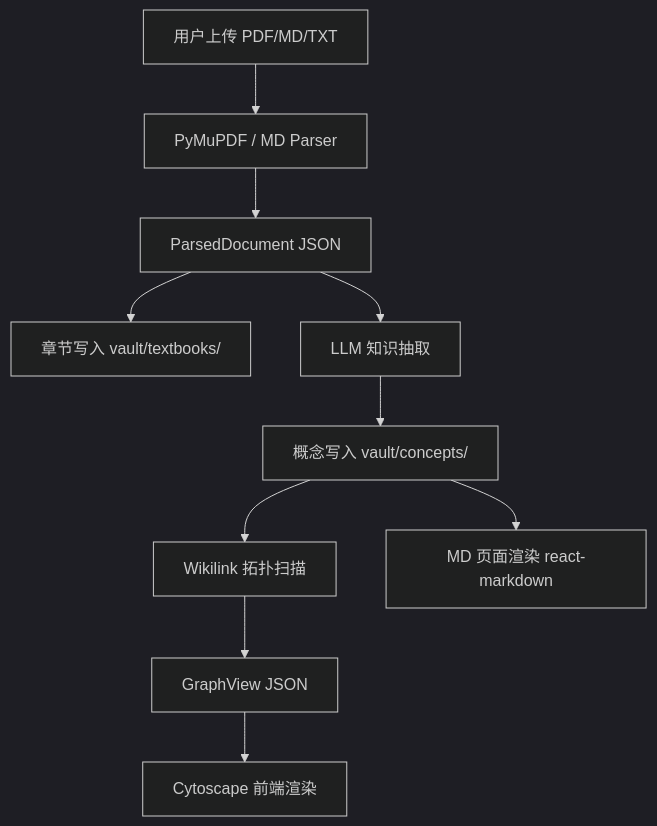
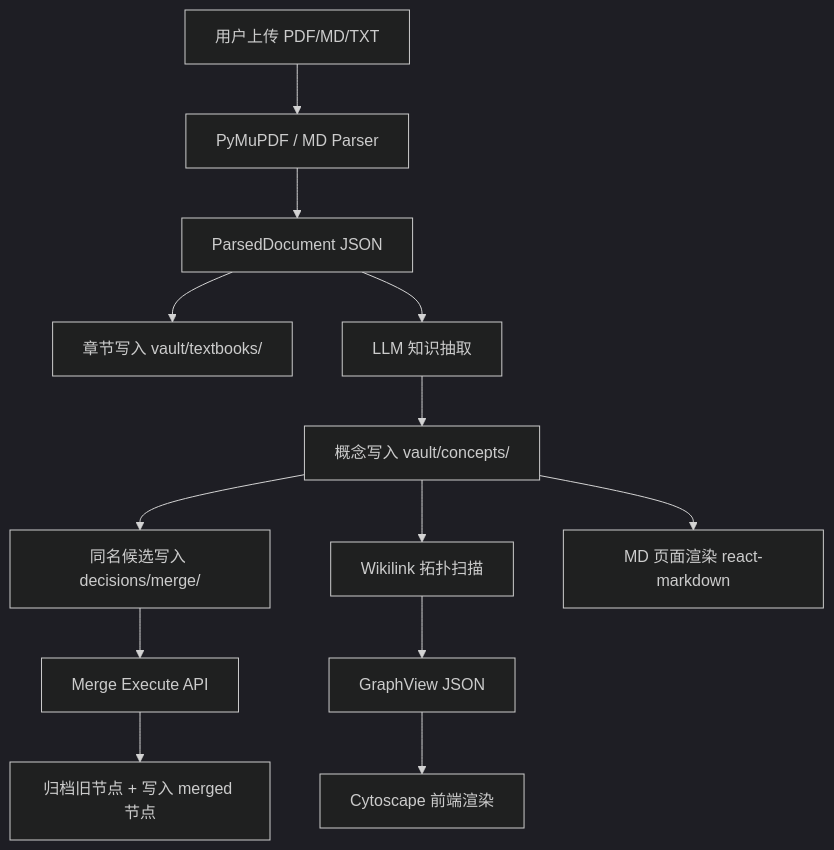
One commit to spdc-elm/hackathon-05-10 changed the diagram in docs/系统设计.md. Above: the diagram before and after it, drawn with Mermaid (dark theme). The commit also changed other lines of this file and 25 other files, not shown here.

````diff
--- a/docs/系统设计.md
+++ b/docs/系统设计.md
@@ -9,12 +9,15 @@
 ```mermaid
 graph TD
     A[用户上传 PDF/MD/TXT] --> B[PyMuPDF / MD Parser]
     B --> C[ParsedDocument JSON]
     C --> D[章节写入 vault/textbooks/]
     C --> E[LLM 知识抽取]
     E --> F[概念写入 vault/concepts/]
-    F --> G[Wikilink 拓扑扫描]
-    G --> H[GraphView JSON]
-    H --> I[Cytoscape 前端渲染]
-    F --> J[MD 页面渲染 react-markdown]
+    F --> G[同名候选写入 decisions/merge/]
+    F --> H[Wikilink 拓扑扫描]
+    G --> I[Merge Execute API]
+    I --> J[归档旧节点 + 写入 merged 节点]
+    H --> K[GraphView JSON]
+    K --> L[Cytoscape 前端渲染]
+    F --> M[MD 页面渲染 react-markdown]
 ```
````
